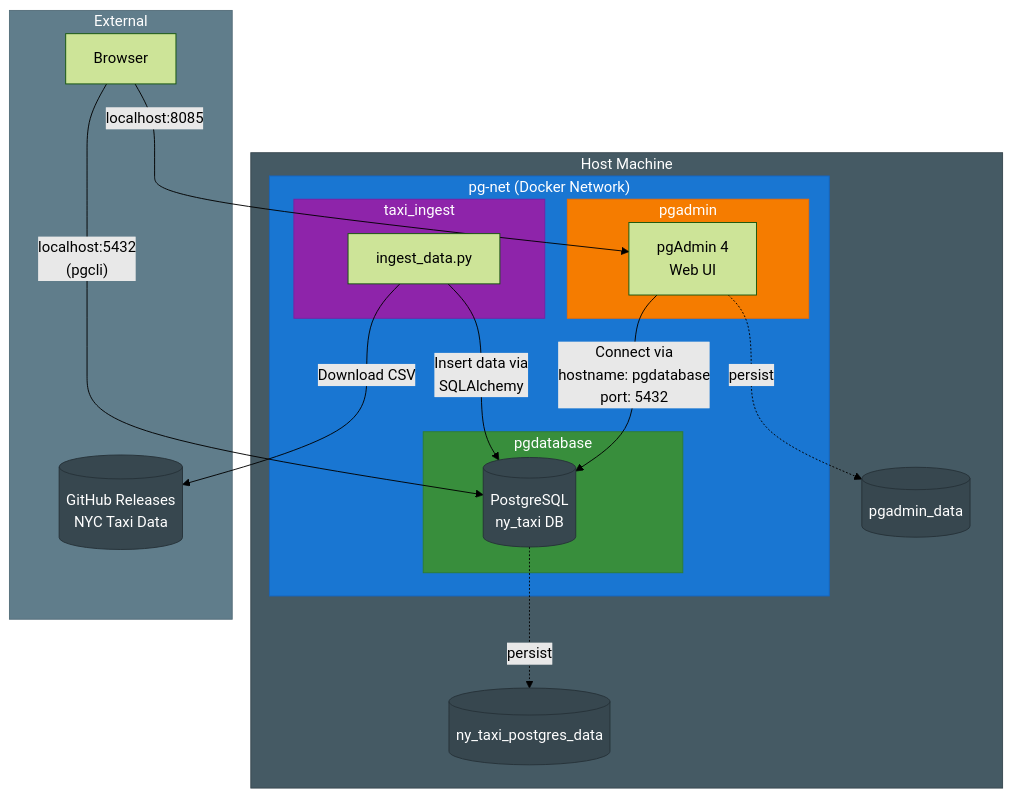
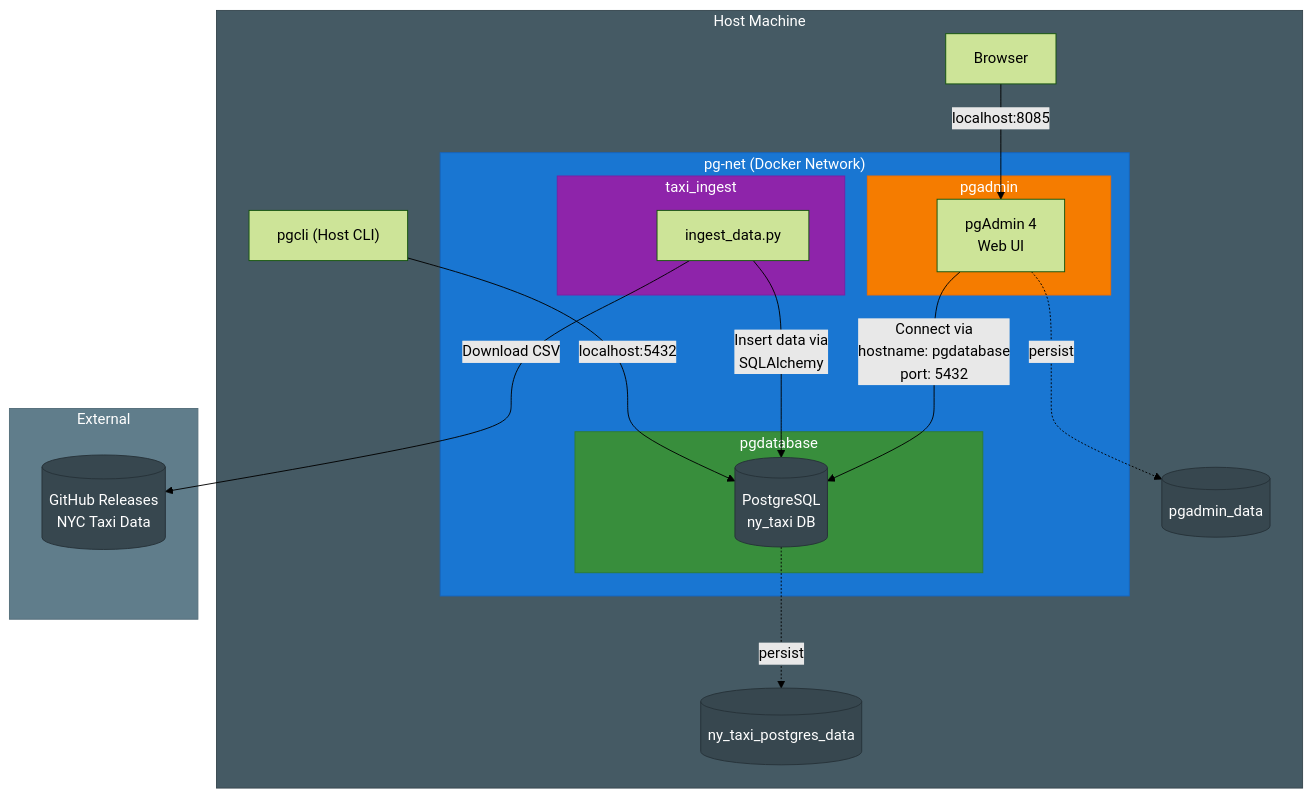
The second of 2 diagrams in 01-docker-terraform/1_docker_workshop/README.md (joweyel/data-engineering-material), drawn with Mermaid (forest theme) before and after one commit.

Commit message:
improved/corrected docker diagram

````diff
--- a/01-docker-terraform/1_docker_workshop/README.md
+++ b/01-docker-terraform/1_docker_workshop/README.md
@@ -713,51 +713,52 @@
 ```mermaid
 flowchart TB
     subgraph Host["Host Machine"]
         subgraph Network["pg-net (Docker Network)"]
             subgraph PG["pgdatabase"]
                 PGDB[(PostgreSQL<br/>ny_taxi DB)]
             end
 
             subgraph Admin["pgadmin"]
                 PGUI[pgAdmin 4<br/>Web UI]
             end
 
             subgraph Ingest["taxi_ingest"]
                 Script[ingest_data.py]
             end
         end
 
         Vol1[(ny_taxi_postgres_data)]
         Vol2[(pgadmin_data)]
+        CLI["pgcli (Host CLI)"]
+        Browser["Browser"]
     end
 
     subgraph External["External"]
         GitHub[("GitHub Releases<br/>NYC Taxi Data")]
-        Browser["Browser"]
     end
 
     %% Connections
     PGUI -->|"Connect via<br/>hostname: pgdatabase<br/>port: 5432"| PGDB
     Script -->|"Insert data via<br/>SQLAlchemy"| PGDB
     Script -->|"Download CSV"| GitHub
 
     %% Volume mounts
     PGDB -.->|"persist"| Vol1
     PGUI -.->|"persist"| Vol2
 
     %% Host port mappings
     Browser -->|"localhost:8085"| PGUI
-    Browser -->|"localhost:5432<br/>(pgcli)"| PGDB
+    CLI -->|"localhost:5432"| PGDB
 
     %% Styling
     style Network fill:#1976d2,stroke:#1565c0,color:#fff
     style PG fill:#388e3c,stroke:#2e7d32,color:#fff
     style Admin fill:#f57c00,stroke:#ef6c00,color:#fff
     style Ingest fill:#8e24aa,stroke:#7b1fa2,color:#fff
     style Host fill:#455a64,stroke:#37474f,color:#fff
     style External fill:#607d8b,stroke:#546e7a,color:#fff
     style GitHub fill:#37474f,stroke:#263238,color:#fff
     style PGDB fill:#37474f,stroke:#263238,color:#fff
     style Vol1 fill:#37474f,stroke:#263238,color:#fff
     style Vol2 fill:#37474f,stroke:#263238,color:#fff
 ```
````
